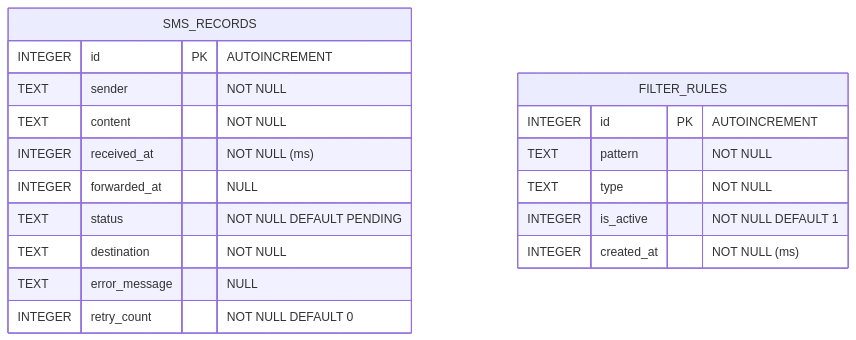
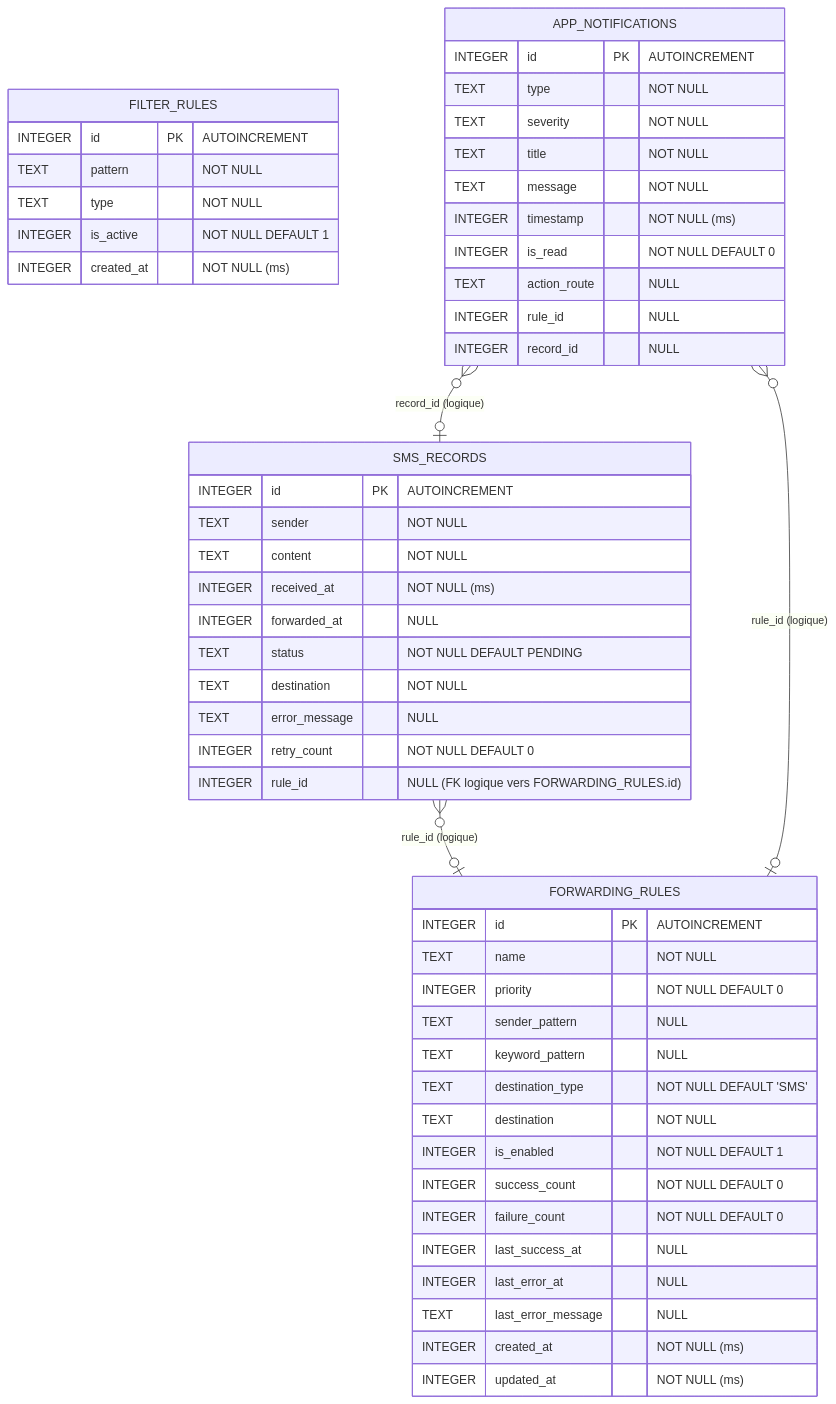
The fourth of 4 diagrams in docs/ARCHITECTURE.md (ronylicha/SMS-Forwarder), drawn with Mermaid before and after one commit. The commit also changed other lines of this file and 16 other files, not shown here.

````diff
--- a/docs/ARCHITECTURE.md
+++ b/docs/ARCHITECTURE.md
@@ -478,22 +680,58 @@
 ```mermaid
 erDiagram
     SMS_RECORDS {
         INTEGER id PK "AUTOINCREMENT"
         TEXT sender "NOT NULL"
         TEXT content "NOT NULL"
         INTEGER received_at "NOT NULL (ms)"
         INTEGER forwarded_at "NULL"
         TEXT status "NOT NULL DEFAULT PENDING"
         TEXT destination "NOT NULL"
         TEXT error_message "NULL"
         INTEGER retry_count "NOT NULL DEFAULT 0"
+        INTEGER rule_id "NULL (FK logique vers FORWARDING_RULES.id)"
     }
 
     FILTER_RULES {
         INTEGER id PK "AUTOINCREMENT"
         TEXT pattern "NOT NULL"
         TEXT type "NOT NULL"
         INTEGER is_active "NOT NULL DEFAULT 1"
         INTEGER created_at "NOT NULL (ms)"
     }
+
+    FORWARDING_RULES {
+        INTEGER id PK "AUTOINCREMENT"
+        TEXT name "NOT NULL"
+        INTEGER priority "NOT NULL DEFAULT 0"
+        TEXT sender_pattern "NULL"
+        TEXT keyword_pattern "NULL"
+        TEXT destination_type "NOT NULL DEFAULT 'SMS'"
+        TEXT destination "NOT NULL"
+        INTEGER is_enabled "NOT NULL DEFAULT 1"
+        INTEGER success_count "NOT NULL DEFAULT 0"
+        INTEGER failure_count "NOT NULL DEFAULT 0"
+        INTEGER last_success_at "NULL"
+        INTEGER last_error_at "NULL"
+        TEXT last_error_message "NULL"
+        INTEGER created_at "NOT NULL (ms)"
+        INTEGER updated_at "NOT NULL (ms)"
+    }
+
+    APP_NOTIFICATIONS {
+        INTEGER id PK "AUTOINCREMENT"
+        TEXT type "NOT NULL"
+        TEXT severity "NOT NULL"
+        TEXT title "NOT NULL"
+        TEXT message "NOT NULL"
+        INTEGER timestamp "NOT NULL (ms)"
+        INTEGER is_read "NOT NULL DEFAULT 0"
+        TEXT action_route "NULL"
+        INTEGER rule_id "NULL"
+        INTEGER record_id "NULL"
+    }
+
+    SMS_RECORDS }o--o| FORWARDING_RULES : "rule_id (logique)"
+    APP_NOTIFICATIONS }o--o| FORWARDING_RULES : "rule_id (logique)"
+    APP_NOTIFICATIONS }o--o| SMS_RECORDS : "record_id (logique)"
 ```
````
